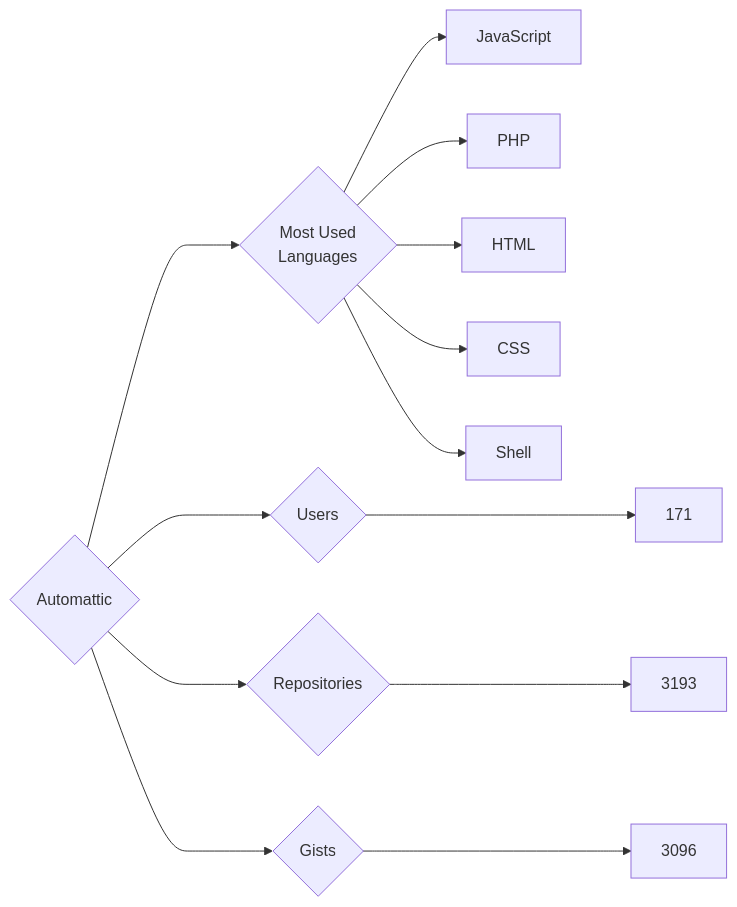
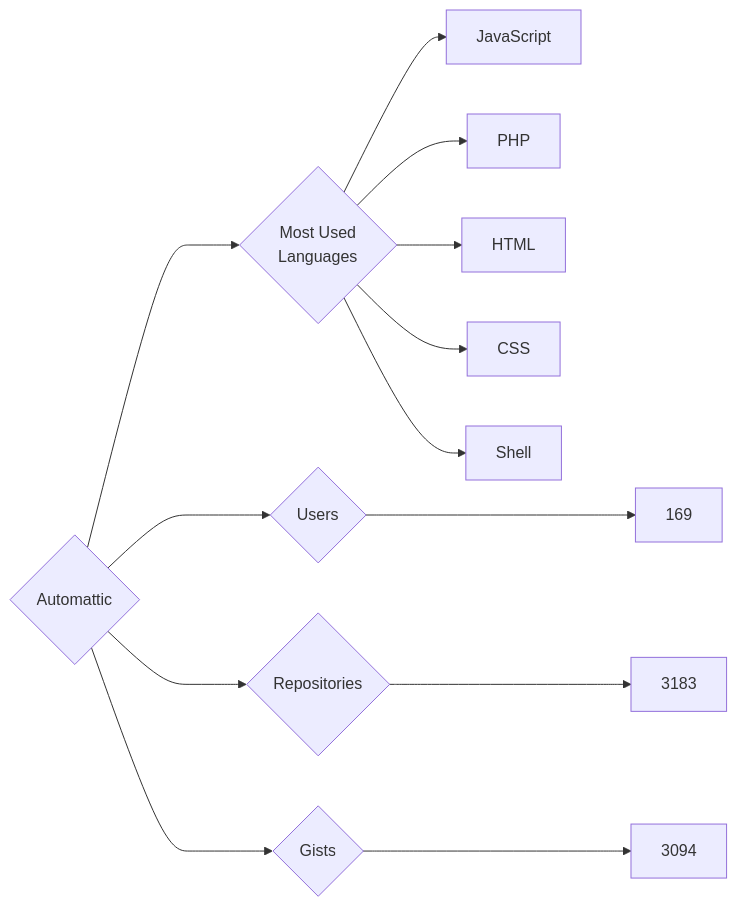
Before and after one commit to trickest/insiders: the diagram in targets/Automattic/README.md, drawn with Mermaid. The commit also changed 838 other files, not shown here.

````diff
--- a/targets/Automattic/README.md
+++ b/targets/Automattic/README.md
@@ -3,13 +3,13 @@
 ```mermaid
 graph LR
 COMPANY_NAME{Automattic}
-COMPANY_NAME ---> U{Users} ---> UN[171]
-COMPANY_NAME ---> R{Repositories} ---> RN[3193]
-COMPANY_NAME ---> G{Gists} ---> GN[3096]
+COMPANY_NAME ---> U{Users} ---> UN[169]
+COMPANY_NAME ---> R{Repositories} ---> RN[3183]
+COMPANY_NAME ---> G{Gists} ---> GN[3094]
 COMPANY_NAME ---> ML{Most Used<br>Languages}
 ML --> JavaScript[JavaScript]
 ML --> PHP[PHP]
 ML --> HTML[HTML]
 ML --> CSS[CSS]
 ML --> Shell[Shell]
 ```
````
